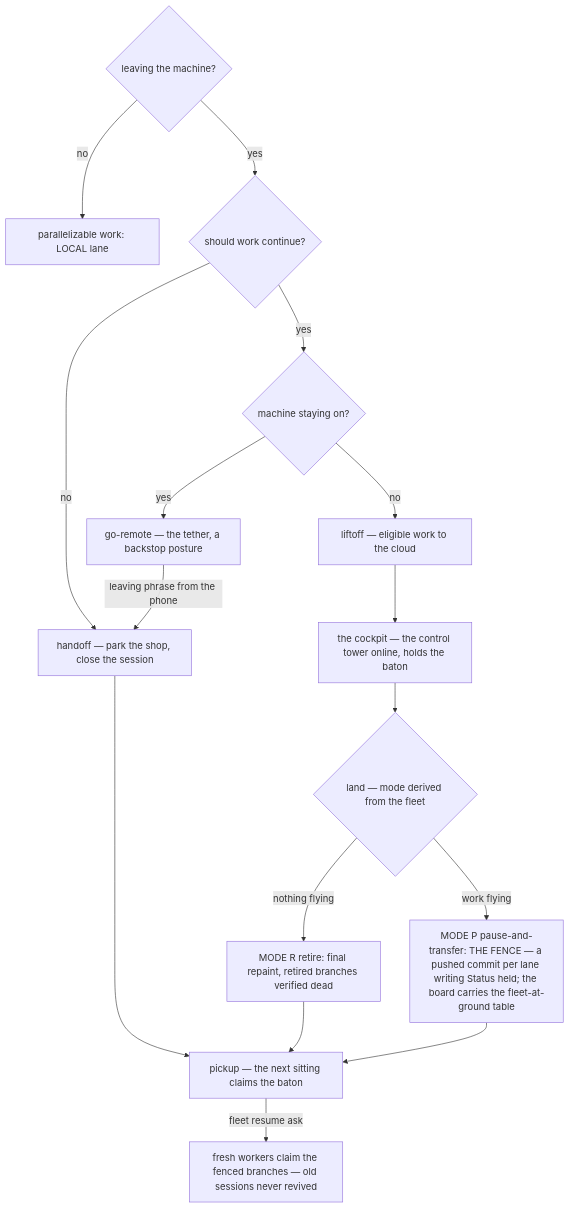
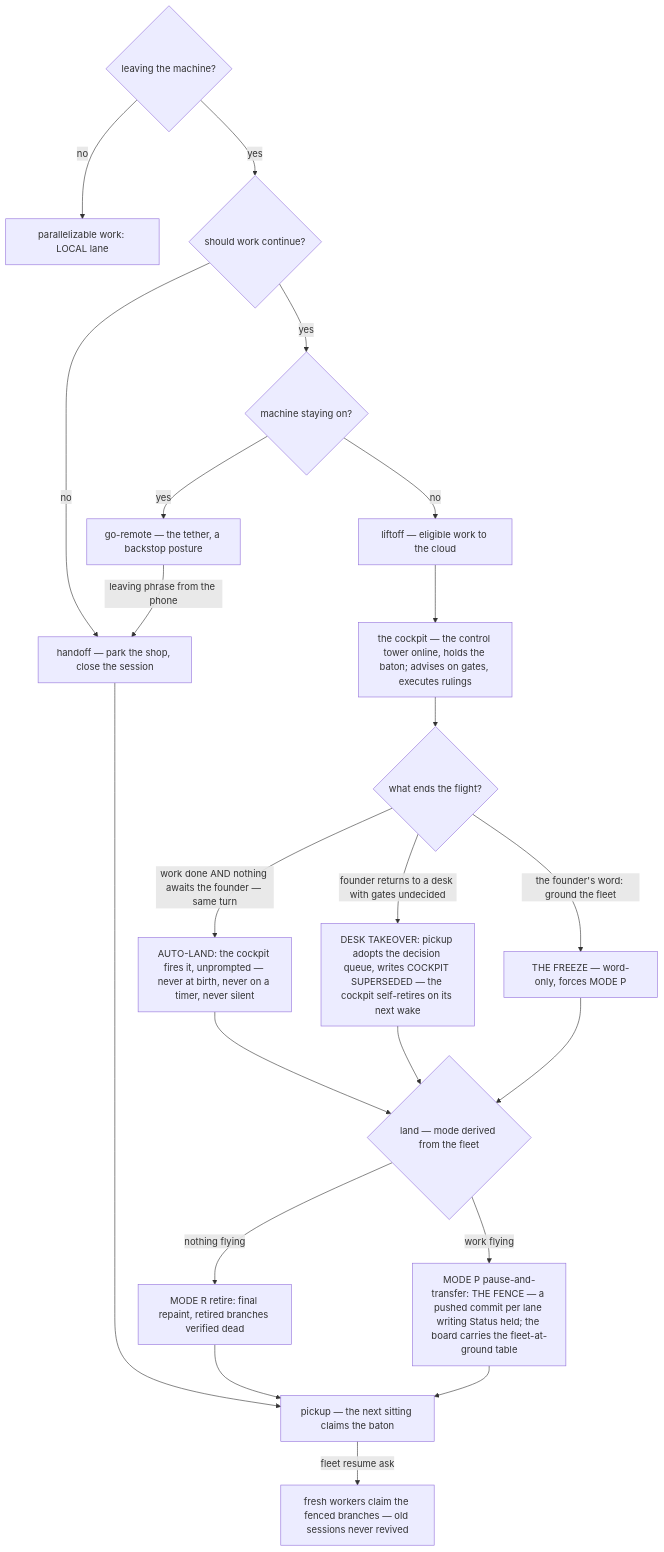
The third of 6 diagrams in docs/ATLAS.md (wsher0901/roam), drawn with Mermaid before and after one commit. The commit also changed other lines of this file and 8 other files, not shown here.

````diff
--- a/docs/ATLAS.md
+++ b/docs/ATLAS.md
@@ -91,18 +94,24 @@
 ```mermaid
 flowchart TD
   A{"leaving the machine?"} -->|no| LL["parallelizable work: LOCAL lane"]
   A -->|yes| B{"should work continue?"}
   B -->|no| H["handoff — park the shop, close the session"]
   B -->|yes| C{"machine staying on?"}
   C -->|yes| G["go-remote — the tether, a backstop posture"]
   C -->|no| F["liftoff — eligible work to the cloud"]
-  F --> CP["the cockpit — the control tower online, holds the baton"]
-  CP --> LA{"land — mode derived from the fleet"}
+  F --> CP["the cockpit — the control tower online, holds the baton; advises on gates, executes rulings"]
+  CP --> T{"what ends the flight?"}
+  T -->|"work done AND nothing awaits the founder — same turn"| AL["AUTO-LAND: the cockpit fires it, unprompted — never at birth, never on a timer, never silent"]
+  T -->|"founder returns to a desk with gates undecided"| SUP["DESK TAKEOVER: pickup adopts the decision queue, writes COCKPIT SUPERSEDED — the cockpit self-retires on its next wake"]
+  T -->|"the founder's word: ground the fleet"| FR["THE FREEZE — word-only, forces MODE P"]
+  AL --> LA{"land — mode derived from the fleet"}
+  SUP --> LA
+  FR --> LA
   LA -->|"nothing flying"| R["MODE R retire: final repaint, retired branches verified dead"]
   LA -->|"work flying"| PP["MODE P pause-and-transfer: THE FENCE — a pushed commit per lane writing Status held; the board carries the fleet-at-ground table"]
   R --> PU["pickup — the next sitting claims the baton"]
   PP --> PU
   H --> PU
   G -->|"leaving phrase from the phone"| H
   PU -->|"fleet resume ask"| RES["fresh workers claim the fenced branches — old sessions never revived"]
 ```
````
